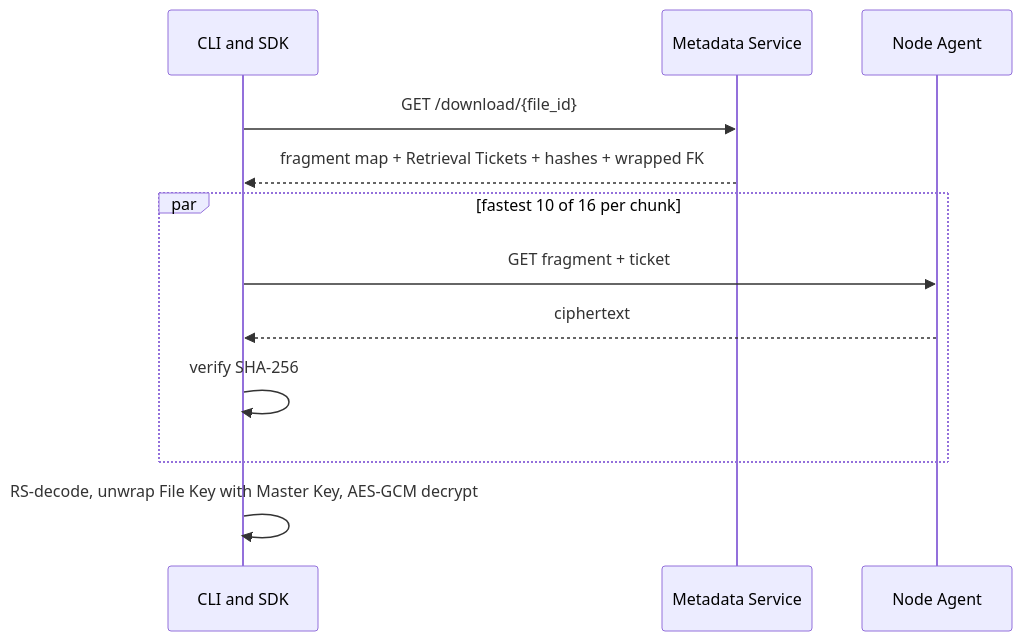
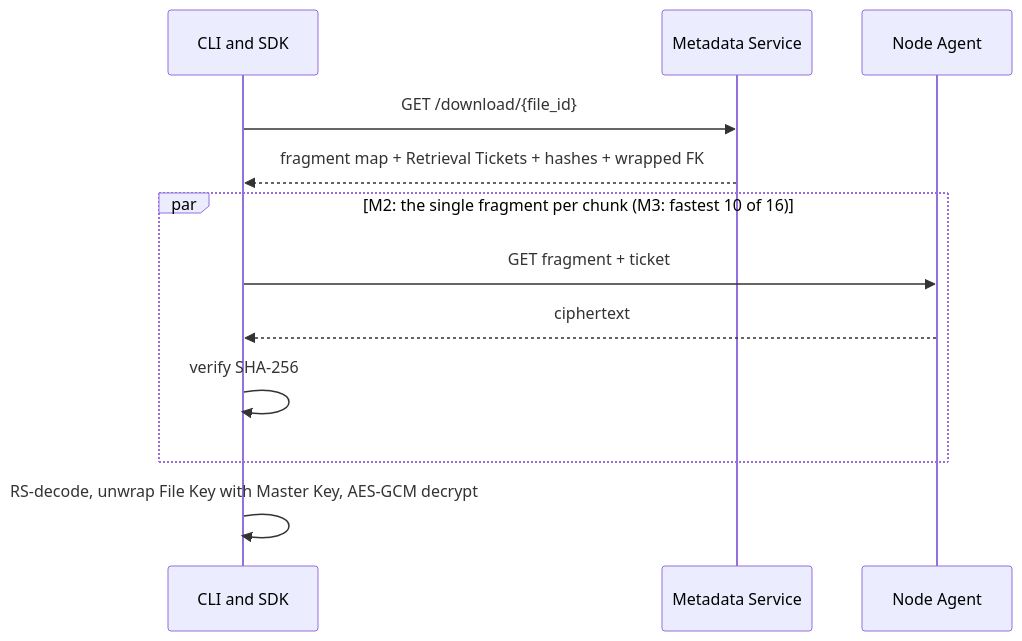
The diagram in knowledge-base/Flows/Download Flow.md (Rramka/distributed-storage-platform), drawn with Mermaid before and after one commit. The commit also changed 74 other files, not shown here.

````diff
--- a/knowledge-base/Flows/Download Flow.md
+++ b/knowledge-base/Flows/Download Flow.md
@@ -11,15 +11,15 @@
 ```mermaid
 sequenceDiagram
     participant C as CLI and SDK
     participant MS as Metadata Service
     participant N as Node Agent
 
     C->>MS: GET /download/{file_id}
     MS-->>C: fragment map + Retrieval Tickets + hashes + wrapped FK
-    par fastest 10 of 16 per chunk
+    par M2: the single fragment per chunk (M3: fastest 10 of 16)
         C->>N: GET fragment + ticket
         N-->>C: ciphertext
         C->>C: verify SHA-256
     end
     C->>C: RS-decode, unwrap File Key with Master Key, AES-GCM decrypt
 ```
````
